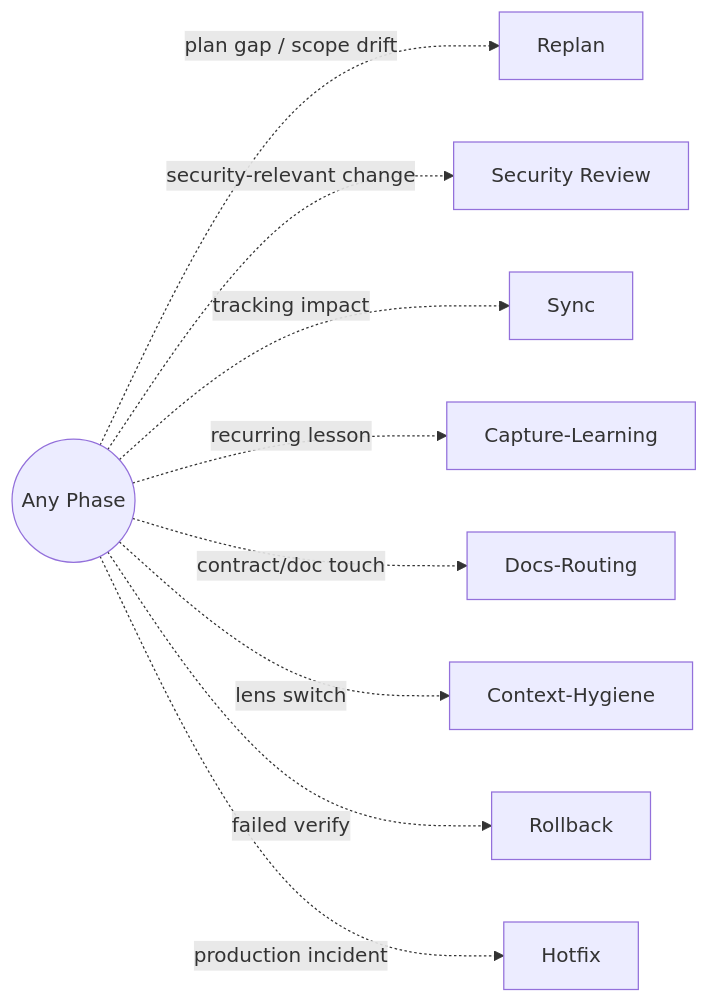
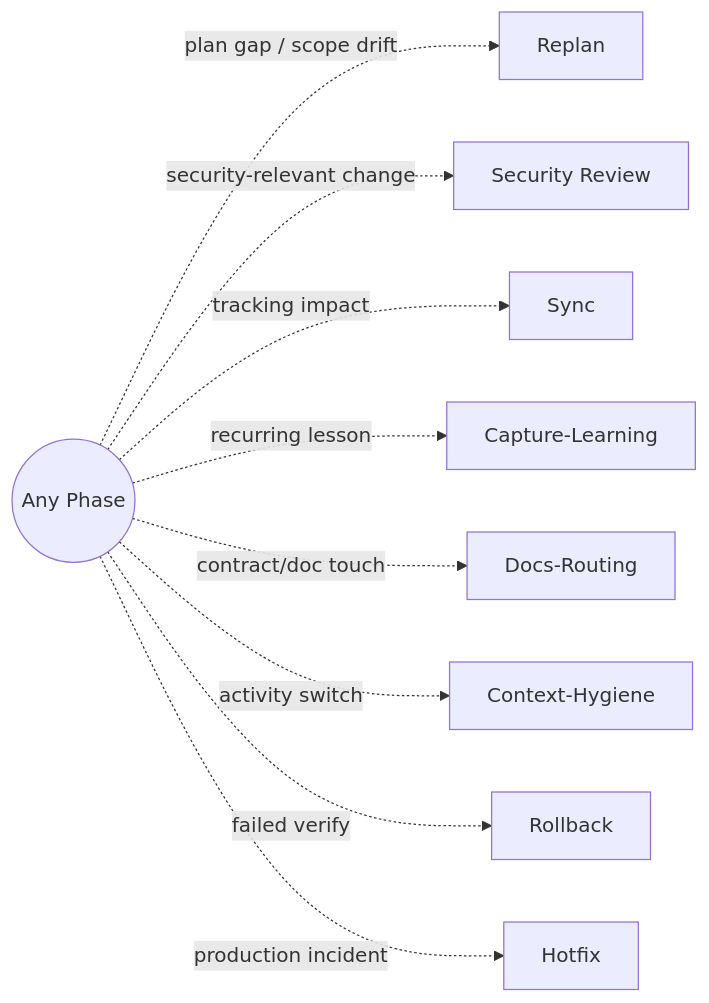
One commit to kamkie/technical-interview-frontend changed the sixth of 8 diagrams in ai/specs/APPLICATION_LIFECYCLE_DIAGRAMS.md. Above: the diagram before and after it, drawn with Mermaid. The commit also changed other lines of this file and 16 other files, not shown here.

Commit message:
rename: replace "lens" terminology with "activity"

````diff
--- a/ai/specs/APPLICATION_LIFECYCLE_DIAGRAMS.md
+++ b/ai/specs/APPLICATION_LIFECYCLE_DIAGRAMS.md
@@ -163,12 +163,12 @@
 ```mermaid
 flowchart LR
     AnyPhase((Any Phase))
     AnyPhase -. plan gap / scope drift .-> Replan[Replan]
     AnyPhase -. security-relevant change .-> SecR[Security Review]
     AnyPhase -. tracking impact .-> Sync[Sync]
     AnyPhase -. recurring lesson .-> CL[Capture-Learning]
     AnyPhase -. contract/doc touch .-> DR[Docs-Routing]
-    AnyPhase -. lens switch .-> CH[Context-Hygiene]
+    AnyPhase -. activity switch .-> CH[Context-Hygiene]
     AnyPhase -. failed verify .-> RB[Rollback]
     AnyPhase -. production incident .-> HF[Hotfix]
 ```
````
